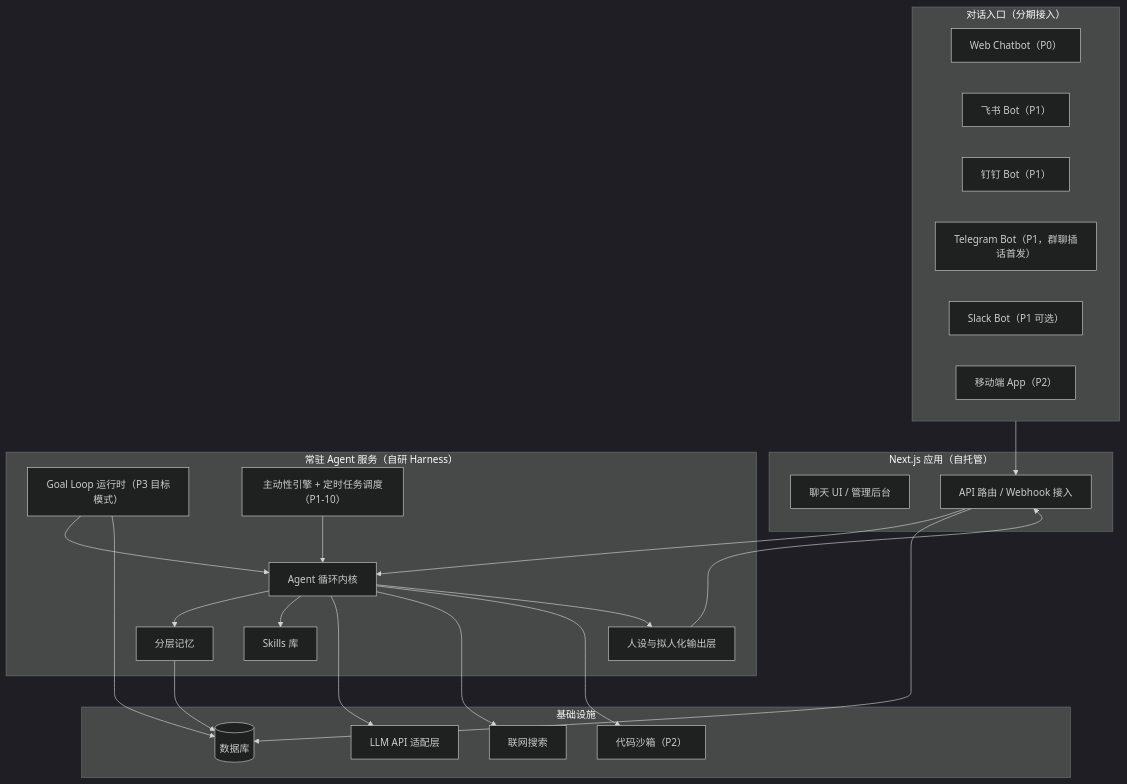
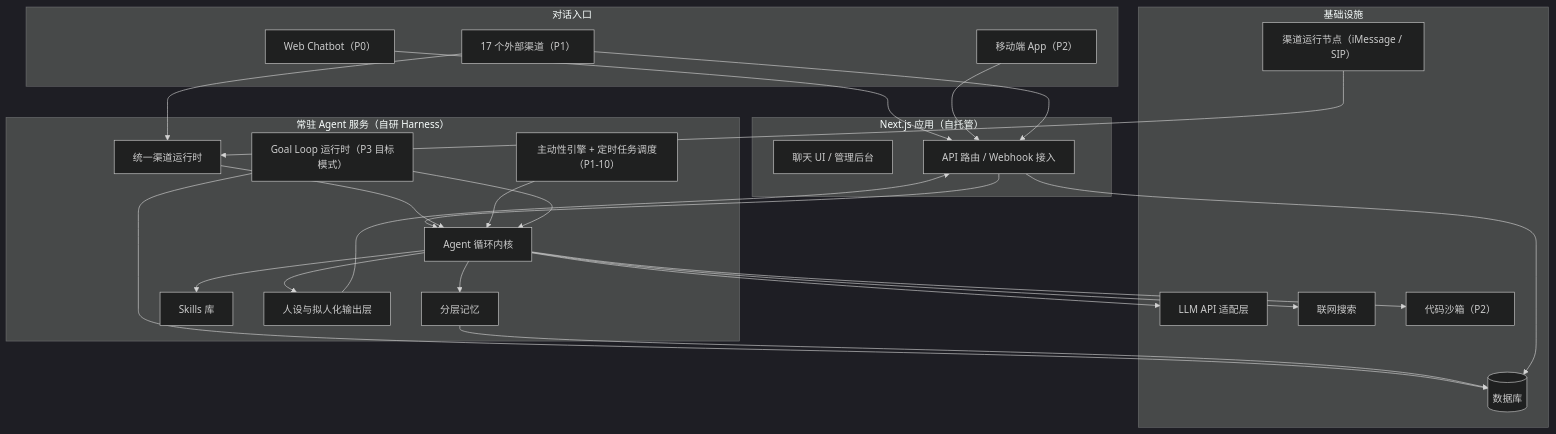
One commit to mlai21/DigitalMate changed the diagram in docs/prd.md. Above: the diagram before and after it, drawn with Mermaid (dark theme). The commit also changed other lines of this file and 2 other files, not shown here.

````diff
--- a/docs/prd.md
+++ b/docs/prd.md
@@ -276,47 +278,51 @@
 ```mermaid
 flowchart TB
-    subgraph clients [对话入口（分期接入）]
+    subgraph clients [对话入口]
         webApp["Web Chatbot（P0）"]
-        feishu["飞书 Bot（P1）"]
-        dingtalk["钉钉 Bot（P1）"]
-        tg["Telegram Bot（P1，群聊插话首发）"]
-        slack["Slack Bot（P1 可选）"]
+        channels["17 个外部渠道（P1）"]
         mobile["移动端 App（P2）"]
     end
 
     subgraph nextjs [Next.js 应用（自托管）]
         ui[聊天 UI / 管理后台]
         api[API 路由 / Webhook 接入]
     end
 
     subgraph agentSvc [常驻 Agent 服务（自研 Harness）]
+        channelRuntime[统一渠道运行时]
         loop[Agent 循环内核]
         goalLoop["Goal Loop 运行时（P3 目标模式）"]
         memory[分层记忆]
         skills[Skills 库]
         proactive["主动性引擎 + 定时任务调度（P1-10）"]
         persona[人设与拟人化输出层]
     end
 
     subgraph infra [基础设施]
         db[(数据库)]
         llm[LLM API 适配层]
         search[联网搜索]
+        channelNodes["渠道运行节点（iMessage / SIP）"]
         sandbox["代码沙箱（P2）"]
     end
 
-    clients --> api
+    webApp --> api
+    mobile --> api
+    channels --> api
+    channels --> channelRuntime
+    channelNodes --> channelRuntime
     api --> loop
+    channelRuntime --> loop
     loop --> memory
     loop --> skills
     loop --> llm
     loop --> search
     loop --> sandbox
     proactive --> loop
     goalLoop --> loop
     goalLoop --> db
     loop --> persona
     persona --> api
     memory --> db
     api --> db
 ```
````
